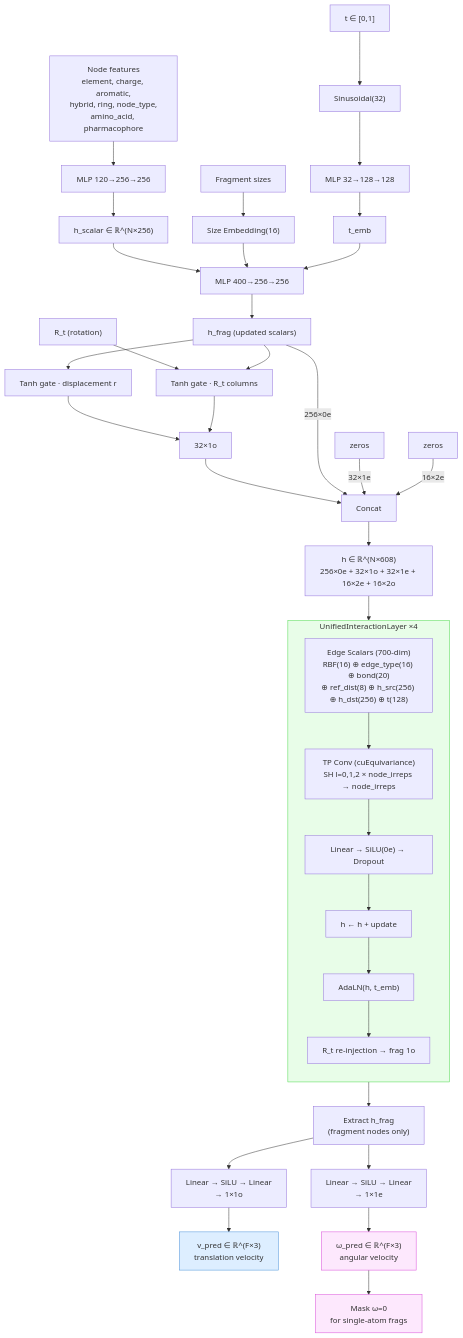
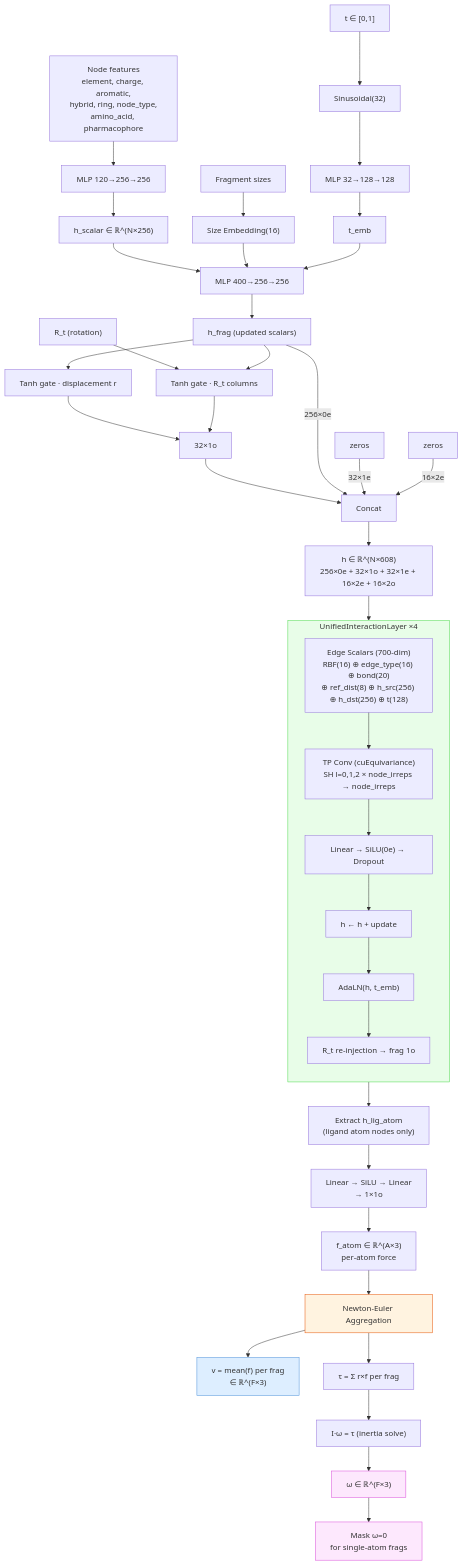
The diagram in docs/architecture.md (eightmm/FlowFrag), drawn with Mermaid before and after one commit.

Commit message:
docs: fix output head to Newton-Euler aggregation (matches training config)

````diff
--- a/docs/architecture.md
+++ b/docs/architecture.md
@@ -12,60 +12,64 @@
 ```mermaid
 flowchart TB
     %% ── Inputs ──
     IN_t["t ∈ [0,1]"] --> SIN["Sinusoidal(32)"]
     SIN --> TMLP["MLP 32→128→128"]
     TMLP --> t_emb["t_emb"]
 
     IN_node["Node features\nelement, charge, aromatic,\nhybrid, ring, node_type,\namino_acid, pharmacophore"] --> NEMB["MLP 120→256→256"]
     NEMB --> h0["h_scalar ∈ ℝ^(N×256)"]
 
     IN_frag["Fragment sizes"] --> SEMB["Size Embedding(16)"]
     h0 --> FINIT
     SEMB --> FINIT
     t_emb --> FINIT["MLP 400→256→256"]
     FINIT --> h0_frag["h_frag (updated scalars)"]
 
     %% ── Equivariant State ──
     h0_frag --> GATE["Tanh gate · displacement r"]
     GATE --> h1o["32×1o"]
 
     IN_R["R_t (rotation)"] --> RGATE["Tanh gate · R_t columns"]
     h0_frag --> RGATE
     RGATE --> h1o
 
     h1o --> CONCAT
     h0_frag -->|"256×0e"| CONCAT
     ZERO1["zeros"] -->|"32×1e"| CONCAT
     ZERO2["zeros"] -->|"16×2e"| CONCAT
     CONCAT["Concat"] --> h["h ∈ ℝ^(N×608)\n256×0e + 32×1o + 32×1e + 16×2e + 16×2o"]
 
     %% ── Interaction ──
     h --> LAYER
 
     subgraph LAYER["UnifiedInteractionLayer  ×4"]
         direction TB
         ES["Edge Scalars (700-dim)\nRBF(16) ⊕ edge_type(16) ⊕ bond(20)\n⊕ ref_dist(8) ⊕ h_src(256) ⊕ h_dst(256) ⊕ t(128)"]
         TP["TP Conv (cuEquivariance)\nSH l=0,1,2 × node_irreps → node_irreps"]
         UP["Linear → SiLU(0e) → Dropout"]
         RES["h ← h + update"]
         ALN["AdaLN(h, t_emb)"]
         RI["R_t re-injection → frag 1o"]
         ES --> TP --> UP --> RES --> ALN --> RI
     end
 
-    %% ── Output ──
-    LAYER --> EXTRACT["Extract h_frag\n(fragment nodes only)"]
+    %% ── Output (Newton-Euler) ──
+    LAYER --> EXTRACT["Extract h_lig_atom\n(ligand atom nodes only)"]
 
-    EXTRACT --> VHEAD["Linear → SiLU → Linear\n→ 1×1o"]
-    EXTRACT --> WHEAD["Linear → SiLU → Linear\n→ 1×1e"]
+    EXTRACT --> FHEAD["Linear → SiLU → Linear\n→ 1×1o"]
+    FHEAD --> fatom["f_atom ∈ ℝ^(A×3)\nper-atom force"]
 
-    VHEAD --> v["v_pred ∈ ℝ^(F×3)\ntranslation velocity"]
-    WHEAD --> w["ω_pred ∈ ℝ^(F×3)\nangular velocity"]
+    fatom --> NE["Newton-Euler Aggregation"]
+    NE --> v["v = mean(f) per frag\n∈ ℝ^(F×3)"]
+    NE --> tau["τ = Σ r×f per frag"]
+    tau --> SOLVE["I·ω = τ  (inertia solve)"]
+    SOLVE --> w["ω ∈ ℝ^(F×3)"]
     w --> WMASK["Mask ω=0\nfor single-atom frags"]
 
     %% ── Styles ──
     style LAYER fill:#e8fde8,stroke:#4ad94a
+    style NE fill:#fff3e0,stroke:#e65100
     style v fill:#ddeeff,stroke:#4a90d9
     style w fill:#fde8fd,stroke:#d94ad9
     style WMASK fill:#fde8fd,stroke:#d94ad9
 ```
````
